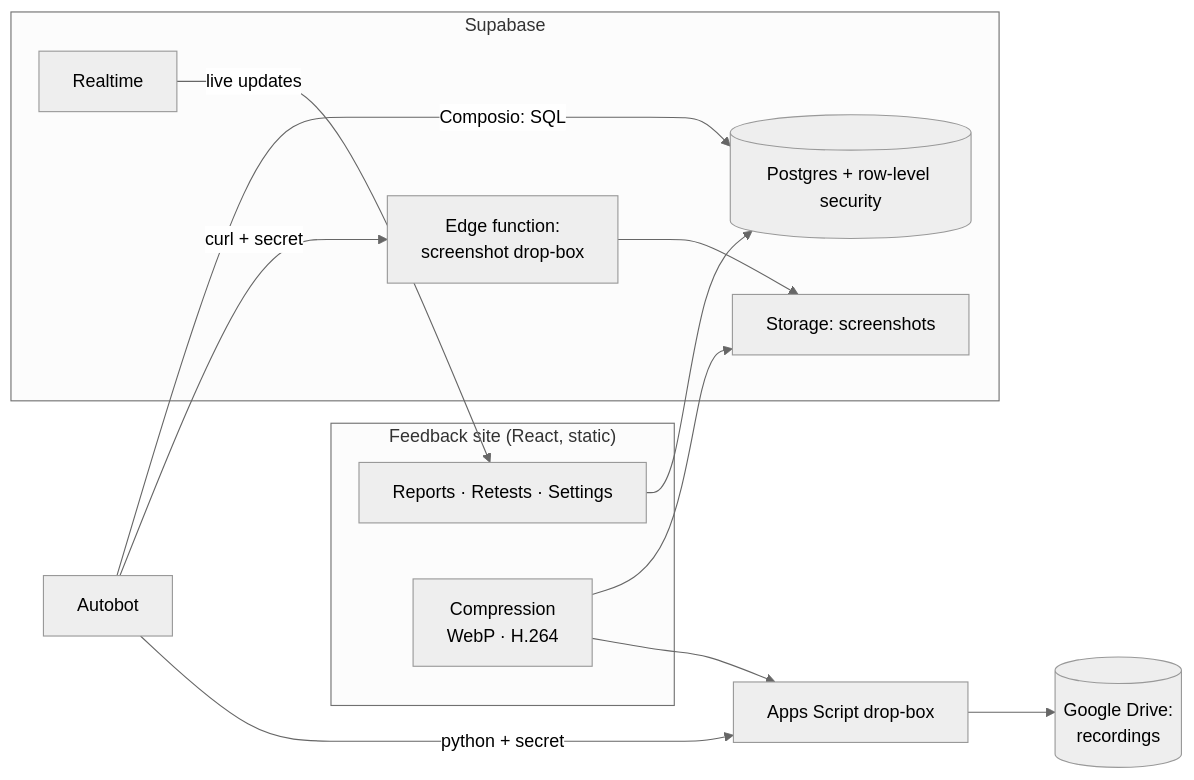
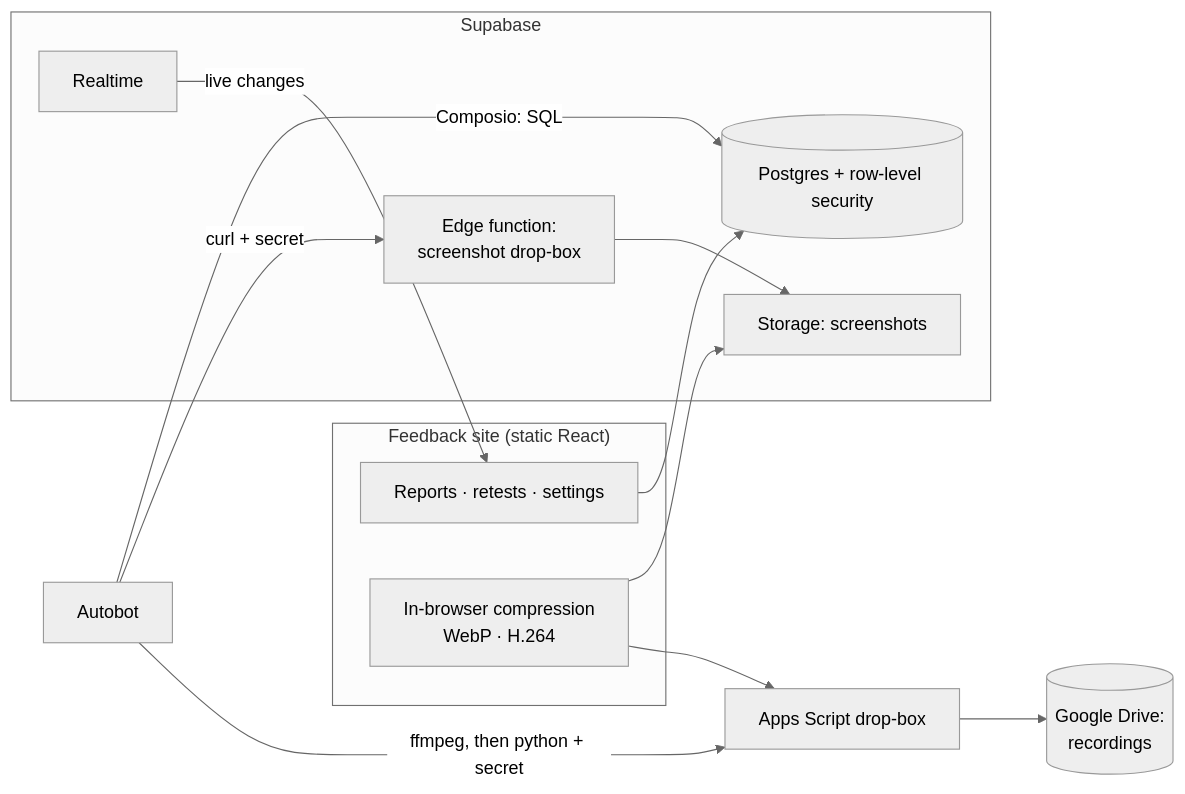
Before and after one commit to amrutha02-star/autobot-feedback: the diagram in README.md, drawn with Mermaid (neutral theme). The commit also changed other lines of this file and 1 other file, not shown here.

````diff
--- a/README.md
+++ b/README.md
@@ -35,21 +68,21 @@
 ```mermaid
 flowchart LR
-  subgraph Browser["Feedback site (React, static)"]
-    UI[Reports · Retests · Settings]
-    C[Compression<br/>WebP · H.264]
+  subgraph Site["Feedback site (static React)"]
+    UI[Reports · retests · settings]
+    C[In-browser compression<br/>WebP · H.264]
   end
   subgraph Supabase
     DB[(Postgres + row-level security)]
     RT[Realtime]
     ST[Storage: screenshots]
     FN[Edge function:<br/>screenshot drop-box]
   end
   AB[Autobot] -- Composio: SQL --> DB
   AB -- curl + secret --> FN
-  AB -- python + secret --> GS
+  AB -- ffmpeg, then python + secret --> GS
   UI --> DB
-  RT -- live updates --> UI
+  RT -- live changes --> UI
   C --> ST
   C --> GS[Apps Script drop-box] --> GD[(Google Drive:<br/>recordings)]
   FN --> ST
 ```
````
